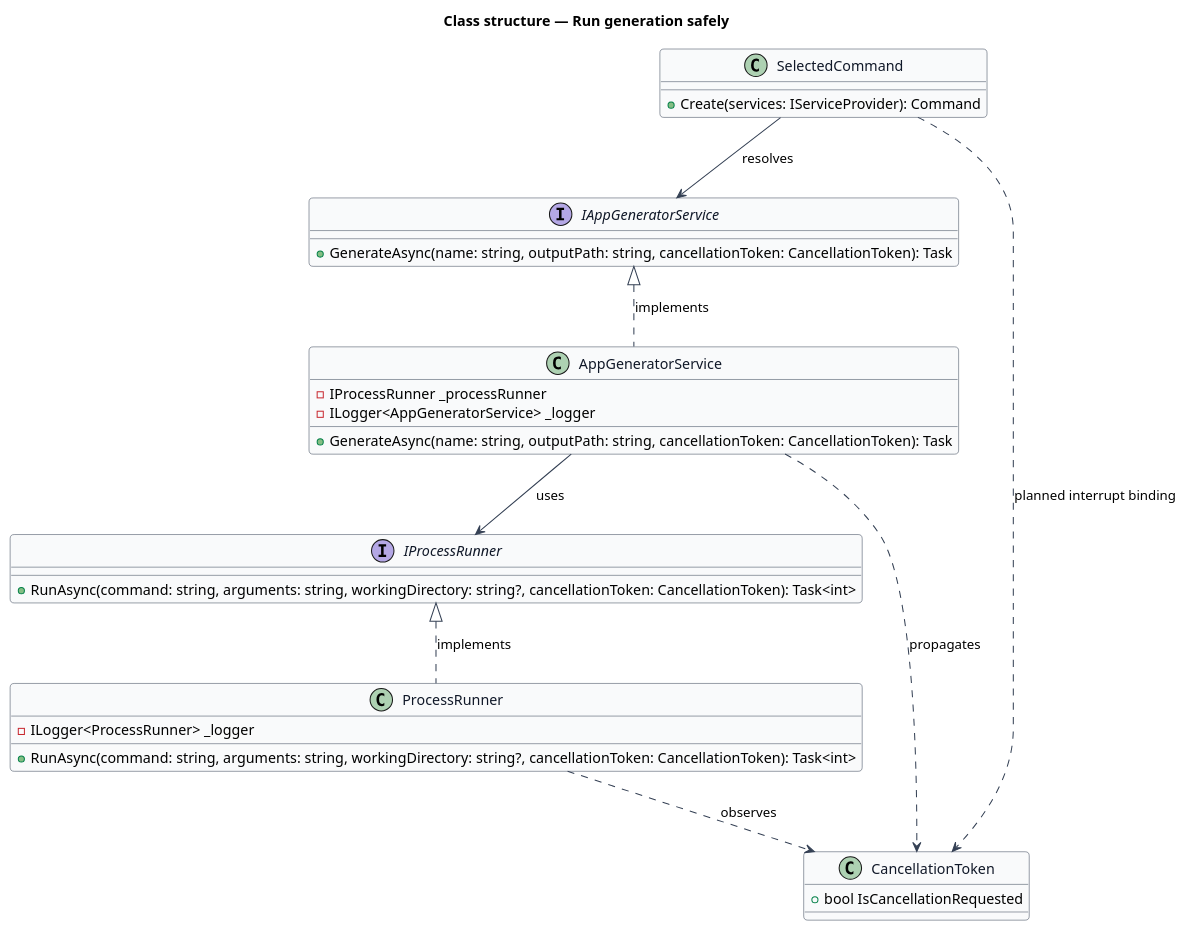
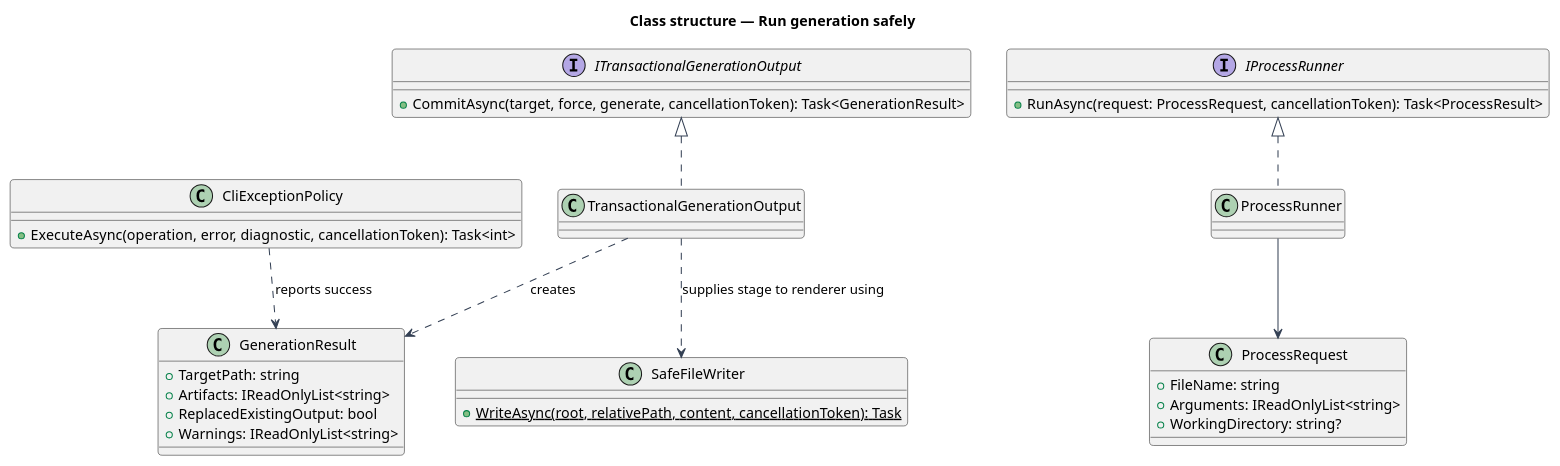
The diagram in docs/detailed-designs/generation-operations/run-generation-safely/diagrams/class-structure.puml (QuinntyneBrown/mvp), drawn with PlantUML before and after one commit. The commit also changed 63 other files, not shown here.

First line of the commit message:
docs: update requirements, designs, README, and skill for the new architecture

```diff
--- a/docs/detailed-designs/generation-operations/run-generation-safely/diagrams/class-structure.puml
+++ b/docs/detailed-designs/generation-operations/run-generation-safely/diagrams/class-structure.puml
@@ -1,43 +1,41 @@
 @startuml
 skinparam backgroundColor #FFFFFF
 skinparam shadowing false
 skinparam roundcorner 8
 skinparam defaultFontName Arial
 skinparam ArrowColor #344054
-skinparam class {
-  BorderColor #344054
-  FontColor #101828
-  BackgroundColor #F9FAFB
-}
 title Class structure — Run generation safely
 
+class CliExceptionPolicy {
+  +ExecuteAsync(operation, error, diagnostic, cancellationToken): Task<int>
+}
+interface ITransactionalGenerationOutput {
+  +CommitAsync(target, force, generate, cancellationToken): Task<GenerationResult>
+}
+class TransactionalGenerationOutput
+class SafeFileWriter {
+  {static} +WriteAsync(root, relativePath, content, cancellationToken): Task
+}
 interface IProcessRunner {
-  +RunAsync(command: string, arguments: string, workingDirectory: string?, cancellationToken: CancellationToken): Task<int>
+  +RunAsync(request: ProcessRequest, cancellationToken): Task<ProcessResult>
 }
-class ProcessRunner {
-  -ILogger<ProcessRunner> _logger
-  +RunAsync(command: string, arguments: string, workingDirectory: string?, cancellationToken: CancellationToken): Task<int>
+class ProcessRunner
+class ProcessRequest {
+  +FileName: string
+  +Arguments: IReadOnlyList<string>
+  +WorkingDirectory: string?
 }
-interface IAppGeneratorService {
-  +GenerateAsync(name: string, outputPath: string, cancellationToken: CancellationToken): Task
-}
-class AppGeneratorService {
-  -IProcessRunner _processRunner
-  -ILogger<AppGeneratorService> _logger
-  +GenerateAsync(name: string, outputPath: string, cancellationToken: CancellationToken): Task
-}
-class SelectedCommand {
-  +Create(services: IServiceProvider): Command
-}
-class CancellationToken {
-  +bool IsCancellationRequested
+class GenerationResult {
+  +TargetPath: string
+  +Artifacts: IReadOnlyList<string>
+  +ReplacedExistingOutput: bool
+  +Warnings: IReadOnlyList<string>
 }
 
-IProcessRunner <|.. ProcessRunner : implements
-IAppGeneratorService <|.. AppGeneratorService : implements
-AppGeneratorService --> IProcessRunner : uses
-SelectedCommand --> IAppGeneratorService : resolves
-SelectedCommand ..> CancellationToken : planned interrupt binding
-AppGeneratorService ..> CancellationToken : propagates
-ProcessRunner ..> CancellationToken : observes
+ITransactionalGenerationOutput <|.. TransactionalGenerationOutput
+IProcessRunner <|.. ProcessRunner
+TransactionalGenerationOutput ..> SafeFileWriter : supplies stage to renderer using
+TransactionalGenerationOutput ..> GenerationResult : creates
+ProcessRunner --> ProcessRequest
+CliExceptionPolicy ..> GenerationResult : reports success
 @enduml
```
